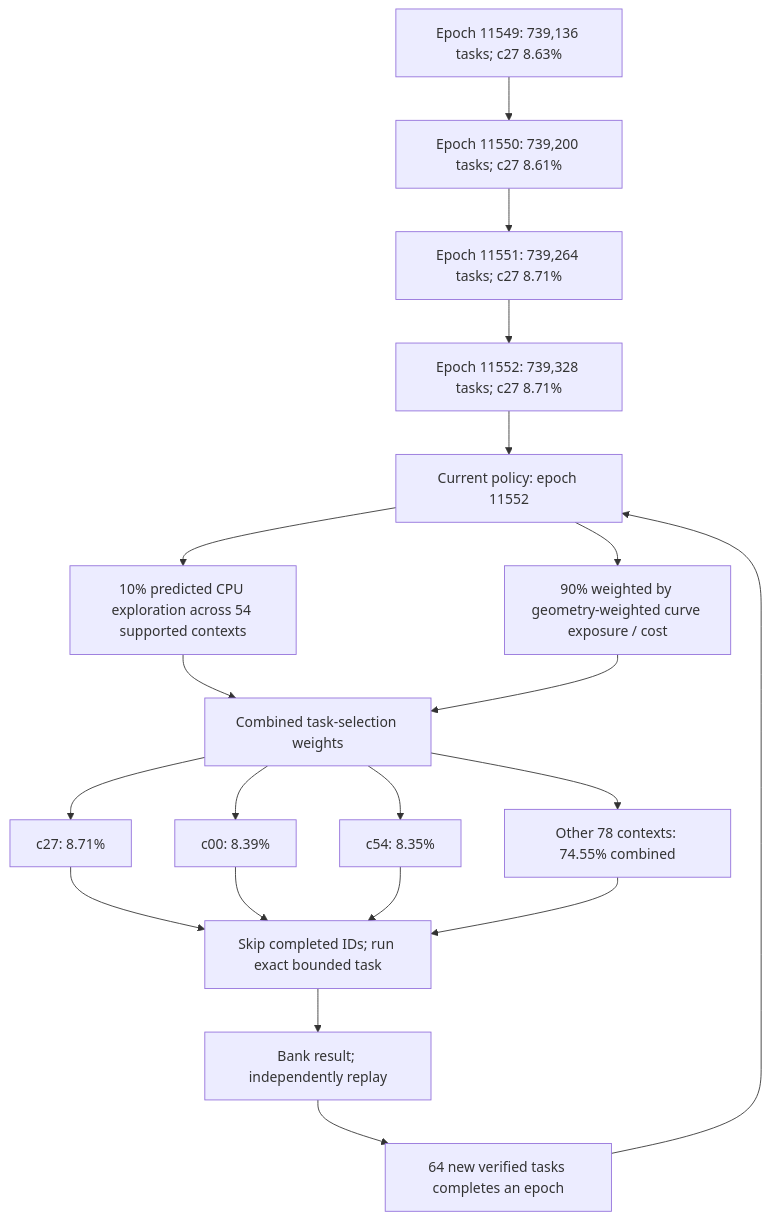
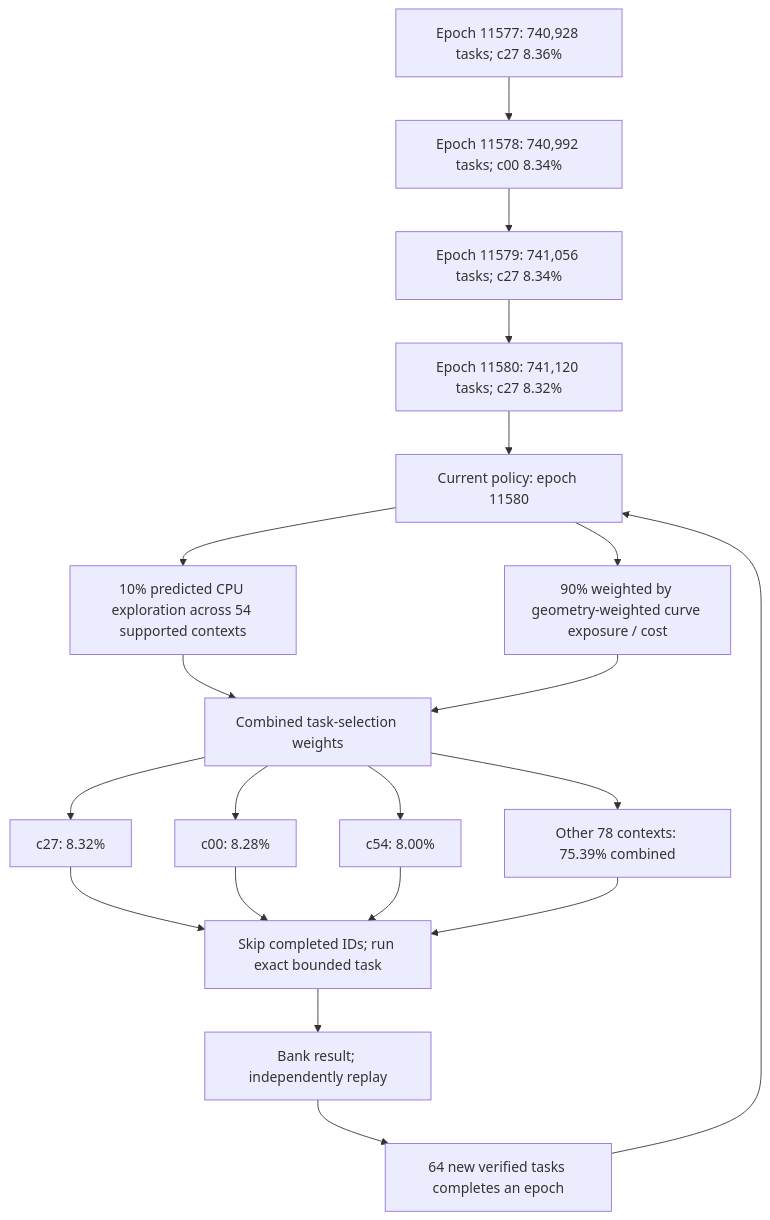
One commit to Kuberwastaken/math-gambling changed the first of 4 diagrams in README.md. Above: the diagram before and after it, drawn with Mermaid. The commit also changed other lines of this file and 20651 other files, not shown here.

````diff
--- a/README.md
+++ b/README.md
@@ -60,27 +60,27 @@
 ```mermaid
 flowchart TD
-    H0["Epoch 11549: 739,136 tasks; c27 8.63%"]
-    H1["Epoch 11550: 739,200 tasks; c27 8.61%"]
+    H0["Epoch 11577: 740,928 tasks; c27 8.36%"]
+    H1["Epoch 11578: 740,992 tasks; c00 8.34%"]
     H0 --> H1
-    H2["Epoch 11551: 739,264 tasks; c27 8.71%"]
+    H2["Epoch 11579: 741,056 tasks; c27 8.34%"]
     H1 --> H2
-    H3["Epoch 11552: 739,328 tasks; c27 8.71%"]
+    H3["Epoch 11580: 741,120 tasks; c27 8.32%"]
     H2 --> H3
-    Policy["Current policy: epoch 11552"]
+    Policy["Current policy: epoch 11580"]
     H3 --> Policy
     Policy --> Explore["10% predicted CPU exploration across 54 supported contexts"]
     Policy --> Cost["90% weighted by geometry-weighted curve exposure / cost"]
     Explore --> Mix["Combined task-selection weights"]
     Cost --> Mix
-    Mix --> C0["c27: 8.71%"]
-    Mix --> C1["c00: 8.39%"]
-    Mix --> C2["c54: 8.35%"]
-    Mix --> Rest["Other 78 contexts: 74.55% combined"]
+    Mix --> C0["c27: 8.32%"]
+    Mix --> C1["c00: 8.28%"]
+    Mix --> C2["c54: 8.00%"]
+    Mix --> Rest["Other 78 contexts: 75.39% combined"]
     C0 --> Check["Skip completed IDs; run exact bounded task"]
     C1 --> Check
     C2 --> Check
     Rest --> Check
     Check --> Replay["Bank result; independently replay"]
     Replay --> Gate["64 new verified tasks completes an epoch"]
     Gate --> Policy
 ```
````
